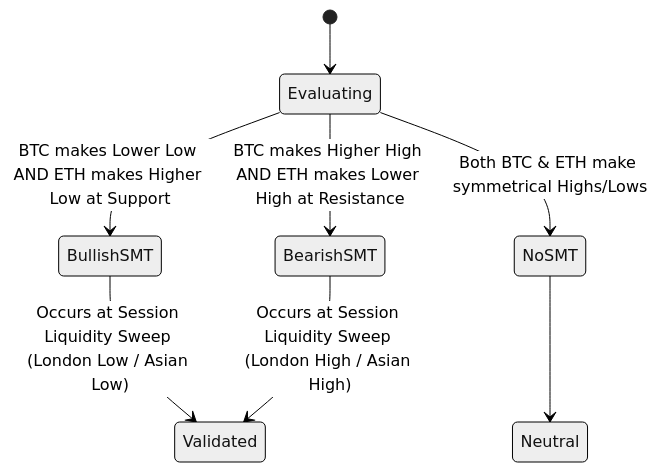
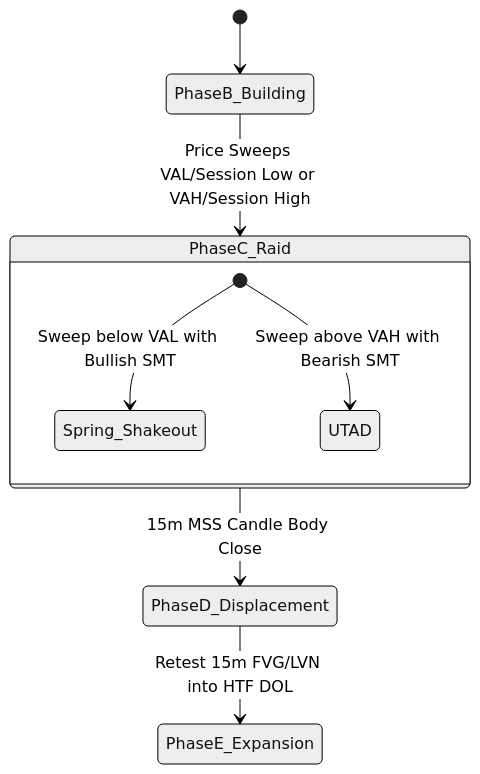
The third of 3 diagrams in .agents/skills/eth-quant-sop/references/SKILL_BLUEPRINT.md (caslay/Gem_Charts_Data), drawn with Mermaid (neutral theme) before and after one commit. The commit also changed other lines of this file and 10 other files, not shown here.

````diff
--- a/.agents/skills/eth-quant-sop/references/SKILL_BLUEPRINT.md
+++ b/.agents/skills/eth-quant-sop/references/SKILL_BLUEPRINT.md
@@ -68,11 +80,13 @@
 ```mermaid
 stateDiagram-v2
-    [*] --> Evaluating
-    Evaluating --> BullishSMT: BTC makes Lower Low AND ETH makes Higher Low at Support
-    Evaluating --> BearishSMT: BTC makes Higher High AND ETH makes Lower High at Resistance
-    Evaluating --> NoSMT: Both BTC & ETH make symmetrical Highs/Lows
+    [*] --> PhaseB_Building
+    PhaseB_Building --> PhaseC_Raid: Price Sweeps VAL/Session Low or VAH/Session High
     
-    BullishSMT --> Validated: Occurs at Session Liquidity Sweep (London Low / Asian Low)
-    BearishSMT --> Validated: Occurs at Session Liquidity Sweep (London High / Asian High)
-    NoSMT --> Neutral
+    state PhaseC_Raid {
+        [*] --> Spring_Shakeout: Sweep below VAL with Bullish SMT
+        [*] --> UTAD: Sweep above VAH with Bearish SMT
+    }
+    
+    PhaseC_Raid --> PhaseD_Displacement: 15m MSS Candle Body Close
+    PhaseD_Displacement --> PhaseE_Expansion: Retest 15m FVG/LVN into HTF DOL
 ```
````
